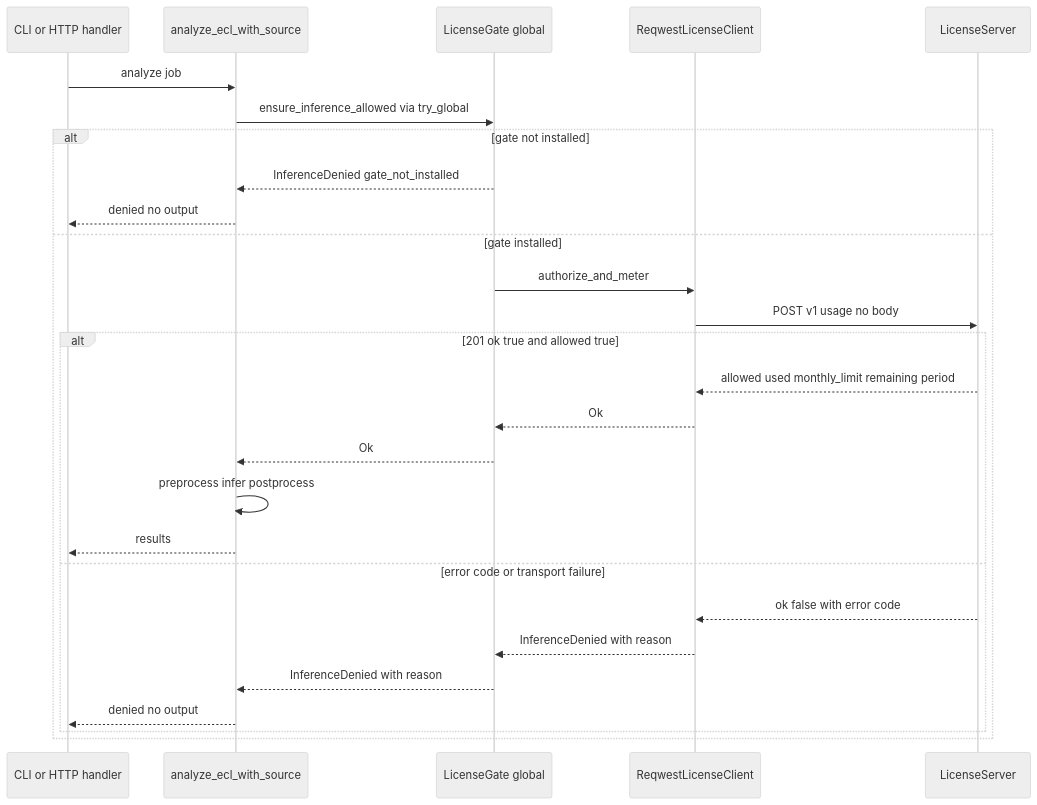
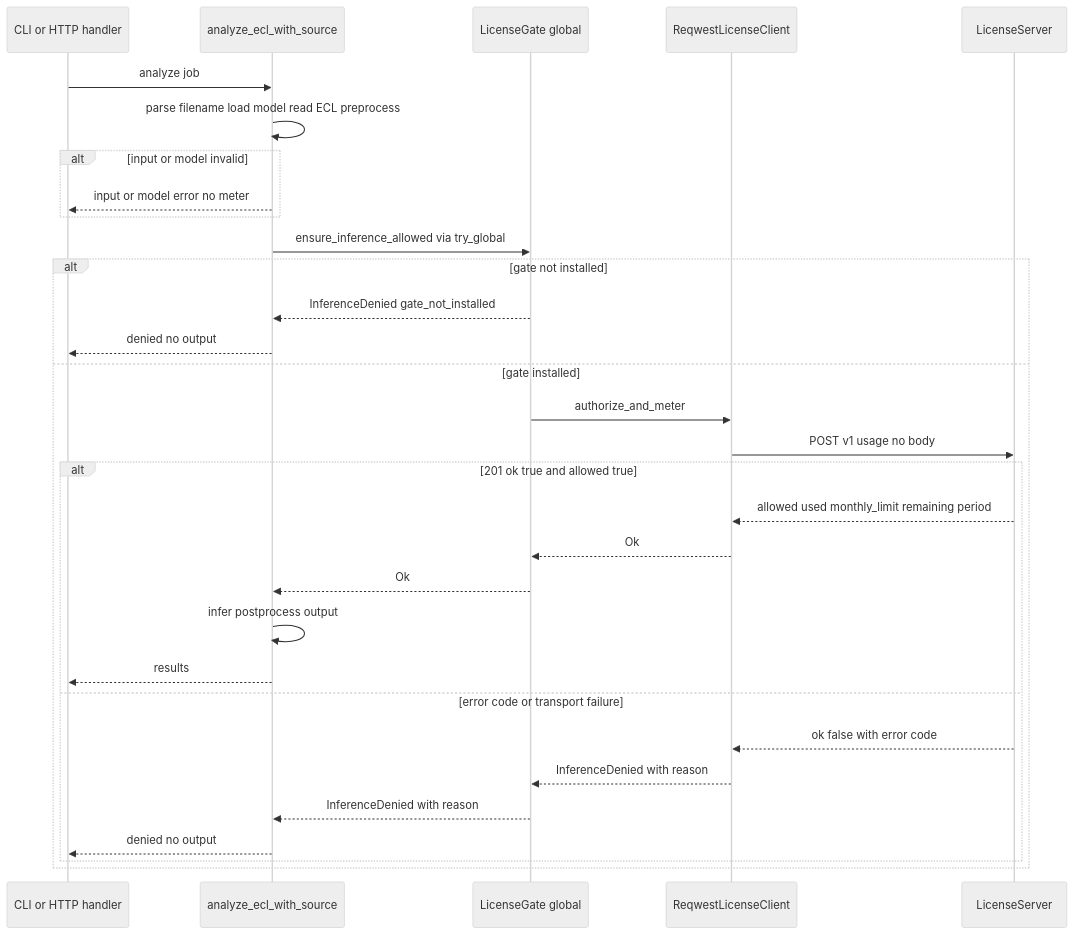
One commit to Universal-Micro-Networks/holter-analysis-assist changed the third of 3 diagrams in .kiro/specs/license-client/design.md. Above: the diagram before and after it, drawn with Mermaid (neutral theme). The commit also changed other lines of this file and 3 other files, not shown here.

Commit message:
docs(license-client): meter just before inference, not on invalid input

````diff
--- a/.kiro/specs/license-client/design.md
+++ b/.kiro/specs/license-client/design.md
@@ -208,30 +208,34 @@
 ```mermaid
 sequenceDiagram
     participant Caller as CLI or HTTP handler
     participant Canonical as analyze_ecl_with_source
     participant Gate as LicenseGate global
     participant Cli as ReqwestLicenseClient
     participant Srv as LicenseServer
 
     Caller->>Canonical: analyze job
+    Canonical->>Canonical: parse filename load model read ECL preprocess
+    alt input or model invalid
+        Canonical-->>Caller: input or model error no meter
+    end
     Canonical->>Gate: ensure_inference_allowed via try_global
     alt gate not installed
         Gate-->>Canonical: InferenceDenied gate_not_installed
         Canonical-->>Caller: denied no output
     else gate installed
         Gate->>Cli: authorize_and_meter
         Cli->>Srv: POST v1 usage no body
         alt 201 ok true and allowed true
             Srv-->>Cli: allowed used monthly_limit remaining period
             Cli-->>Gate: Ok
             Gate-->>Canonical: Ok
-            Canonical->>Canonical: preprocess infer postprocess
+            Canonical->>Canonical: infer postprocess output
             Canonical-->>Caller: results
         else error code or transport failure
             Srv-->>Cli: ok false with error code
             Cli-->>Gate: InferenceDenied with reason
             Gate-->>Canonical: InferenceDenied with reason
             Canonical-->>Caller: denied no output
         end
     end
 ```
````
